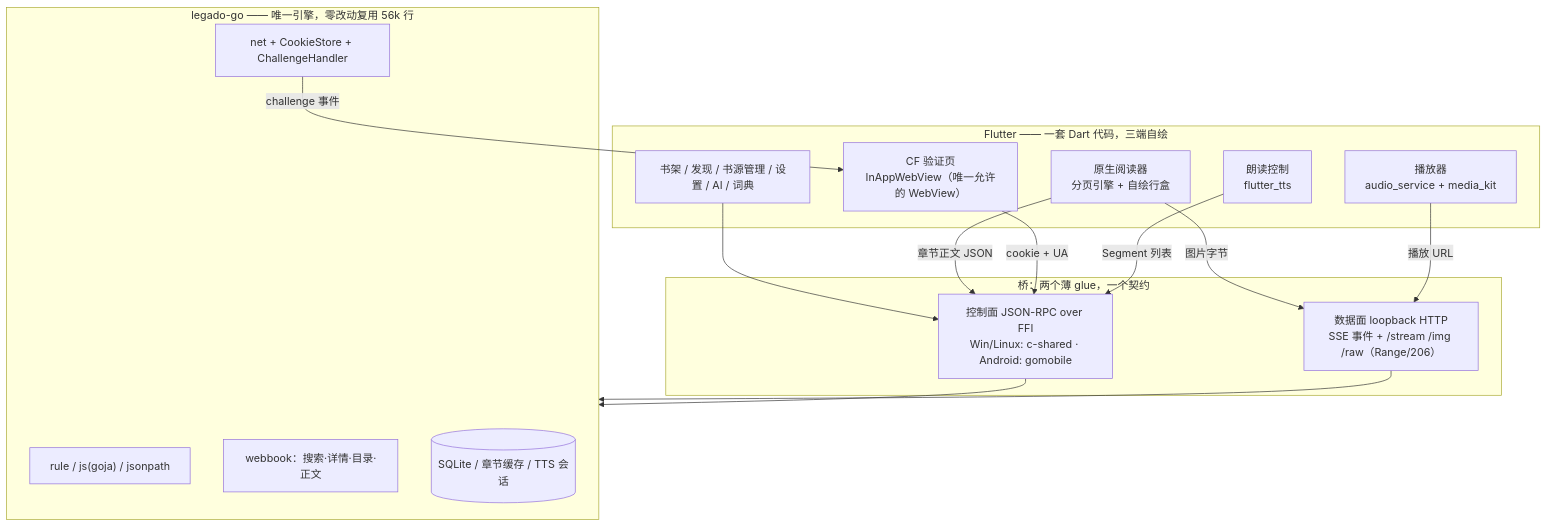
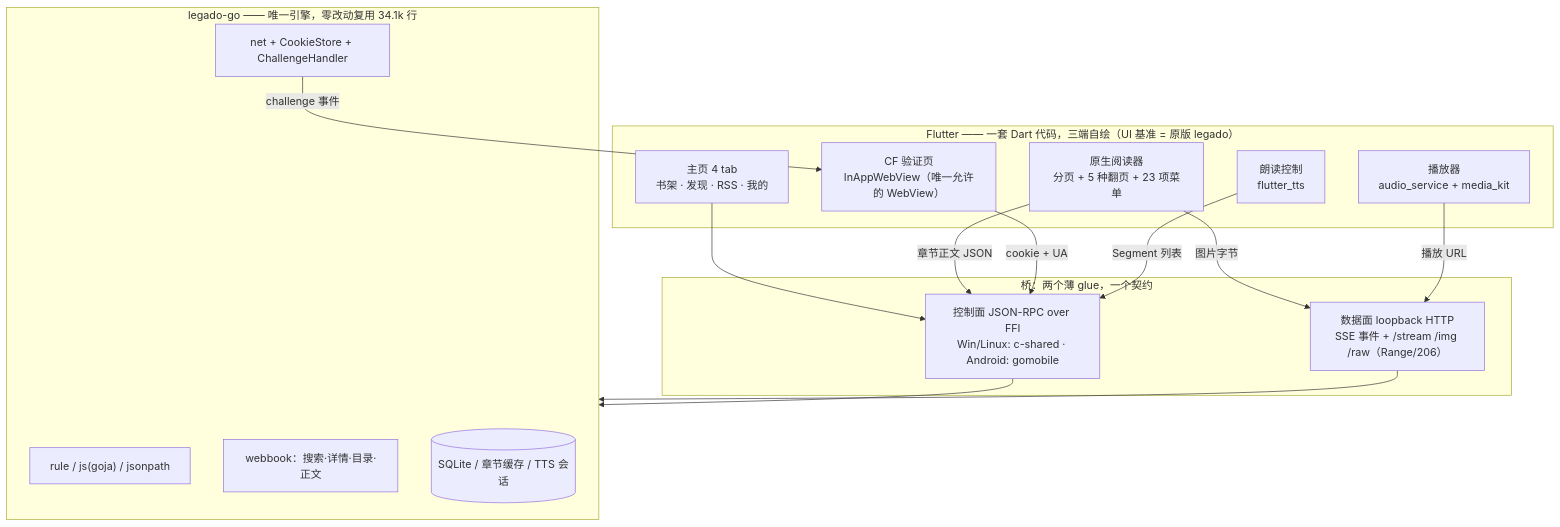
The first of 2 diagrams in desktop/docs/TECH-SELECTION.md (bingxl/legado), drawn with Mermaid before and after one commit. The commit also changed other lines of this file, not shown here.

First line of the commit message:
docs(desktop): 技术选型 v3 —— UI 基准改为原版 legado

````diff
--- a/desktop/docs/TECH-SELECTION.md
+++ b/desktop/docs/TECH-SELECTION.md
@@ -70,32 +76,32 @@
 ```mermaid
 flowchart TB
-  subgraph UI["Flutter —— 一套 Dart 代码，三端自绘"]
-    SHELF["书架 / 发现 / 书源管理 / 设置 / AI / 词典"]
-    READER["原生阅读器<br/>分页引擎 + 自绘行盒"]
+  subgraph UI["Flutter —— 一套 Dart 代码，三端自绘（UI 基准 = 原版 legado）"]
+    MAIN["主页 4 tab<br/>书架 · 发现 · RSS · 我的"]
+    READER["原生阅读器<br/>分页 + 5 种翻页 + 23 项菜单"]
     VERIFY["CF 验证页<br/>InAppWebView（唯一允许的 WebView）"]
     TTS["朗读控制<br/>flutter_tts"]
     MEDIA["播放器<br/>audio_service + media_kit"]
   end
 
   subgraph BRIDGE["桥：两个薄 glue，一个契约"]
     FFI["控制面 JSON-RPC over FFI<br/>Win/Linux: c-shared · Android: gomobile"]
     HTTP["数据面 loopback HTTP<br/>SSE 事件 + /stream /img /raw（Range/206）"]
   end
 
-  subgraph CORE["legado-go —— 唯一引擎，零改动复用 56k 行"]
+  subgraph CORE["legado-go —— 唯一引擎，零改动复用 34.1k 行"]
     RULE["rule / js(goja) / jsonpath"]
     NET["net + CookieStore + ChallengeHandler"]
     WEB["webbook：搜索·详情·目录·正文"]
     DB[("SQLite / 章节缓存 / TTS 会话")]
   end
 
-  SHELF --> FFI
+  MAIN --> FFI
   READER -->|"章节正文 JSON"| FFI
   READER -->|"图片字节"| HTTP
   VERIFY -->|"cookie + UA"| FFI
   TTS -->|"Segment 列表"| FFI
   MEDIA -->|"播放 URL"| HTTP
   FFI --> CORE
   HTTP --> CORE
   NET -->|"challenge 事件"| VERIFY
 ```
````
